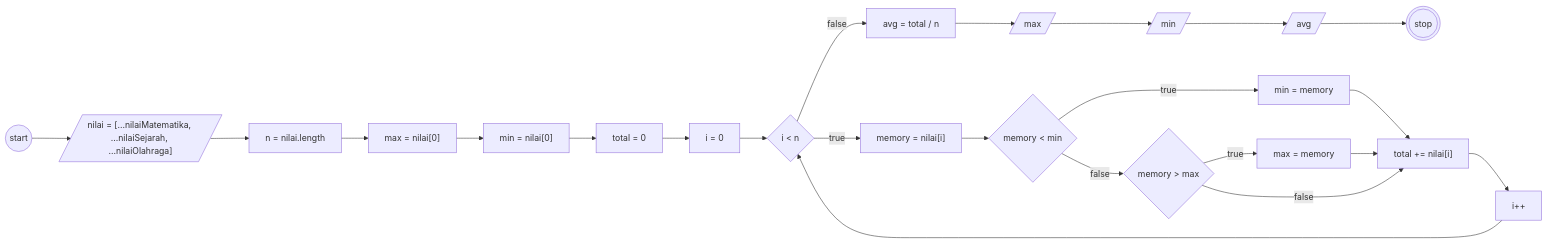
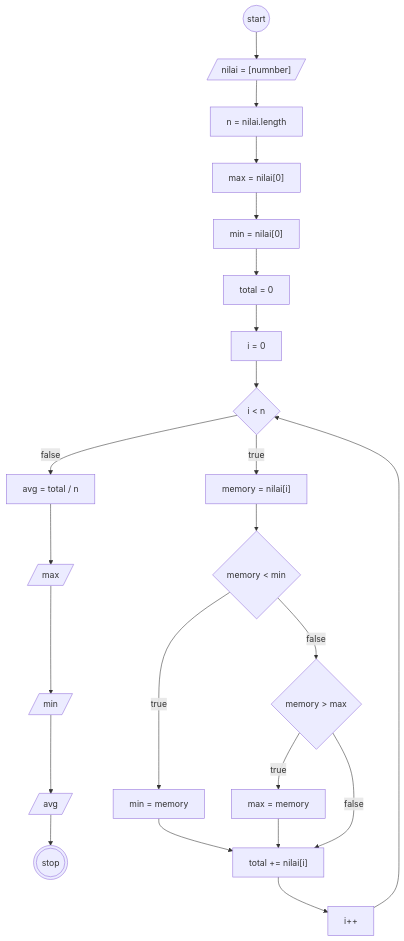
Before and after one commit to ecenn/koda-b10-javascript4: the diagram in README.md, drawn with Mermaid. The commit also changed other lines of this file, not shown here.

````diff
--- a/README.md
+++ b/README.md
@@ -11,43 +11,43 @@
 ```mermaid
 
-flowchart LR
+flowchart TD
 
 start((start))
 stop(((stop)))
 
-nilai[/"nilai = [...nilaiMatematika, ...nilaiSejarah, ...nilaiOlahraga]"/]
+nilai[/"nilai = [numnber]"/]
 
 n[n = nilai.length]
 
 index[i = 0]
 checkIndex{i < n}
 
 memory["memory = nilai[i]"]
 total[total = 0]
 
 max["max = nilai[0]"]
 inMax["max = memory"]
 min["min = nilai[0]"]
 inMin["min = memory"]
 avg[avg = total / n]
 
 incIndex[i++]
 
 addTotal["total += nilai[i]"]
 outMin[/min/]
 outMax[/max/]
 outAvg[/avg/]
 
 checkKecil{"memory < min"}
 checkBesar{"memory > max"}
 
 start --> nilai --> n --> max --> min --> total --> index --> checkIndex
 checkIndex --true--> memory --> checkKecil
 checkKecil --true--> inMin --> addTotal
 checkKecil --false--> checkBesar
 checkBesar --true--> inMax --> addTotal
 checkBesar --false--> addTotal
 addTotal --> incIndex --> checkIndex
 checkIndex --false--> avg --> outMax --> outMin --> outAvg --> stop
 
 ```
````
